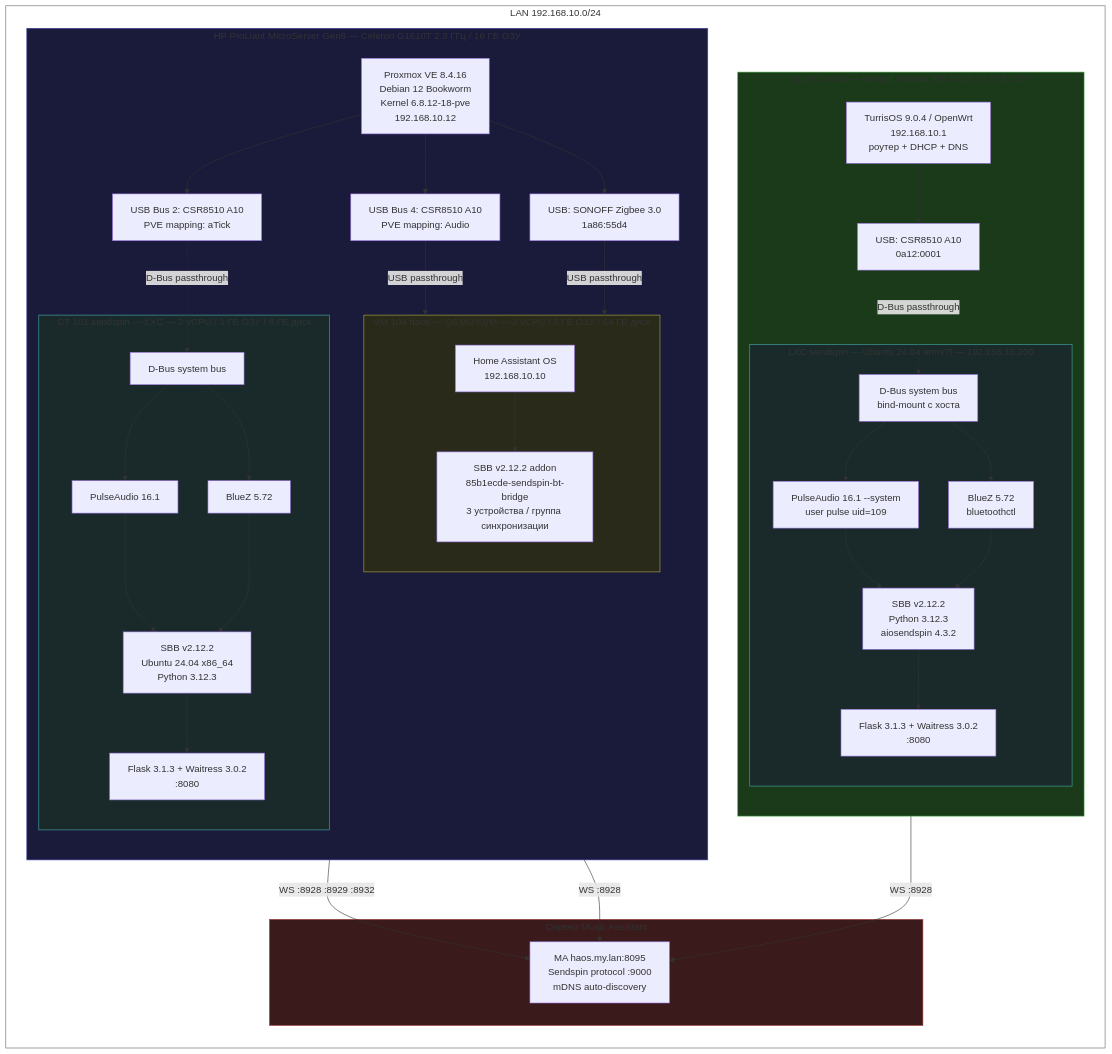
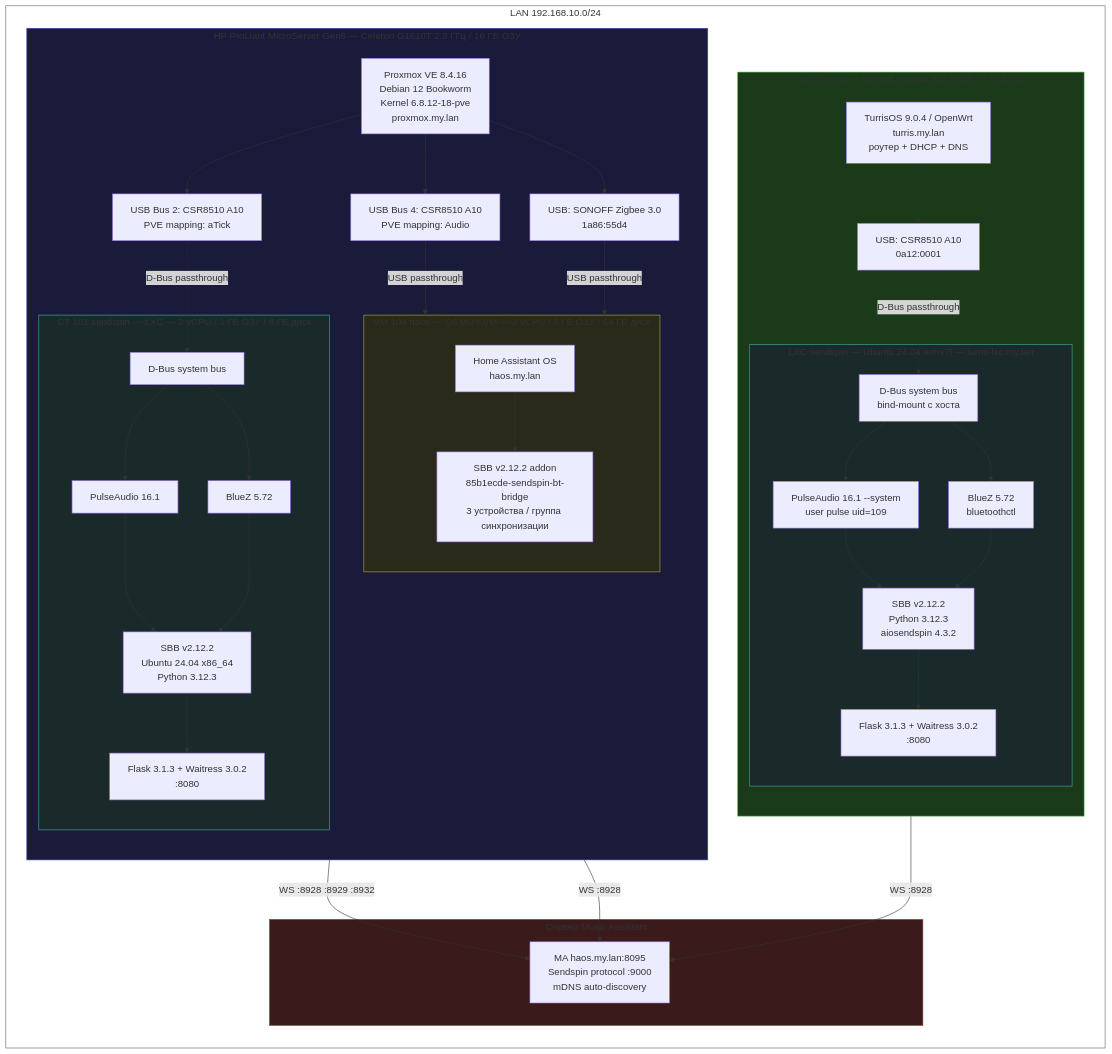
One commit to trudenboy/sendspin-bt-bridge changed the first of 3 diagrams in docs-site/src/content/docs/ru/test-stand.md. Above: the diagram before and after it, drawn with Mermaid. The commit also changed other lines of this file and 1 other file, not shown here.

````diff
--- a/docs-site/src/content/docs/ru/test-stand.md
+++ b/docs-site/src/content/docs/ru/test-stand.md
@@ -10,76 +10,76 @@
 ```mermaid
 graph TB
     subgraph net["LAN 192.168.10.0/24"]
         direction TB
 
         subgraph turris["Turris Omnia — Marvell Armada 385 ARMv7 / 2 ГБ ОЗУ"]
             direction TB
-            T_HOST["TurrisOS 9.0.4 / OpenWrt<br/>192.168.10.1<br/>роутер + DHCP + DNS"]
+            T_HOST["TurrisOS 9.0.4 / OpenWrt<br/>turris.my.lan<br/>роутер + DHCP + DNS"]
             T_USB["USB: CSR8510 A10<br/>0a12:0001"]
-            subgraph T_LXC["LXC sendspin — Ubuntu 24.04 armv7l — 192.168.10.200"]
+            subgraph T_LXC["LXC sendspin — Ubuntu 24.04 armv7l — turris-lxc.my.lan"]
                 T_DBUS["D-Bus system bus<br/>bind-mount с хоста"]
                 T_PA["PulseAudio 16.1 --system<br/>user pulse uid=109"]
                 T_BLUEZ["BlueZ 5.72<br/>bluetoothctl"]
                 T_SBB["SBB v2.12.2<br/>Python 3.12.3<br/>aiosendspin 4.3.2"]
                 T_WEB["Flask 3.1.3 + Waitress 3.0.2<br/>:8080"]
                 T_DBUS --> T_BLUEZ
                 T_DBUS --> T_PA
                 T_PA --> T_SBB
                 T_BLUEZ --> T_SBB
                 T_SBB --> T_WEB
             end
             T_HOST --> T_USB
             T_USB -.->|D-Bus passthrough| T_DBUS
         end
 
         subgraph proxmox["HP ProLiant MicroServer Gen8 — Celeron G1610T 2.3 ГГц / 16 ГБ ОЗУ"]
             direction TB
-            P_HOST["Proxmox VE 8.4.16<br/>Debian 12 Bookworm<br/>Kernel 6.8.12-18-pve<br/>192.168.10.12"]
+            P_HOST["Proxmox VE 8.4.16<br/>Debian 12 Bookworm<br/>Kernel 6.8.12-18-pve<br/>proxmox.my.lan"]
             P_USB1["USB Bus 4: CSR8510 A10<br/>PVE mapping: Audio"]
             P_USB2["USB Bus 2: CSR8510 A10<br/>PVE mapping: aTick"]
             P_ZIG["USB: SONOFF Zigbee 3.0<br/>1a86:55d4"]
 
             subgraph P_VM["VM 104 haos — QEMU/KVM — 2 vCPU / 6 ГБ ОЗУ / 64 ГБ диск"]
-                P_HAOS["Home Assistant OS<br/>192.168.10.10"]
+                P_HAOS["Home Assistant OS<br/>haos.my.lan"]
                 P_ADDON["SBB v2.12.2 addon<br/>85b1ecde-sendspin-bt-bridge<br/>3 устройства / группа синхронизации"]
                 P_HAOS --> P_ADDON
             end
 
             subgraph P_CT["CT 101 sendspin — LXC — 2 vCPU / 1 ГБ ОЗУ / 8 ГБ диск"]
                 P_DBUS["D-Bus system bus"]
                 P_PA["PulseAudio 16.1"]
                 P_BLUEZ2["BlueZ 5.72"]
                 P_SBB["SBB v2.12.2<br/>Ubuntu 24.04 x86_64<br/>Python 3.12.3"]
                 P_WEB2["Flask 3.1.3 + Waitress 3.0.2<br/>:8080"]
                 P_DBUS --> P_BLUEZ2
                 P_DBUS --> P_PA
                 P_PA --> P_SBB
                 P_BLUEZ2 --> P_SBB
                 P_SBB --> P_WEB2
             end
 
             P_HOST --> P_USB1
             P_HOST --> P_USB2
             P_HOST --> P_ZIG
             P_USB1 -->|USB passthrough| P_VM
             P_USB2 -.->|D-Bus passthrough| P_DBUS
             P_ZIG -->|USB passthrough| P_VM
         end
 
         subgraph ma_box["Сервер Music Assistant"]
             MA["MA haos.my.lan:8095<br/>Sendspin protocol :9000<br/>mDNS auto-discovery"]
         end
     end
 
     P_ADDON -->|"WS :8928 :8929 :8932"| MA
     P_SBB -->|"WS :8928"| MA
     T_SBB -->|"WS :8928"| MA
 
     style net fill:none,stroke:#666
     style turris fill:#1a3a1a,stroke:#4a4
     style proxmox fill:#1a1a3a,stroke:#44a
     style ma_box fill:#3a1a1a,stroke:#a44
     style P_VM fill:#2a2a1a,stroke:#aa4
     style P_CT fill:#1a2a2a,stroke:#4aa
     style T_LXC fill:#1a2a2a,stroke:#4aa
 ```
````
